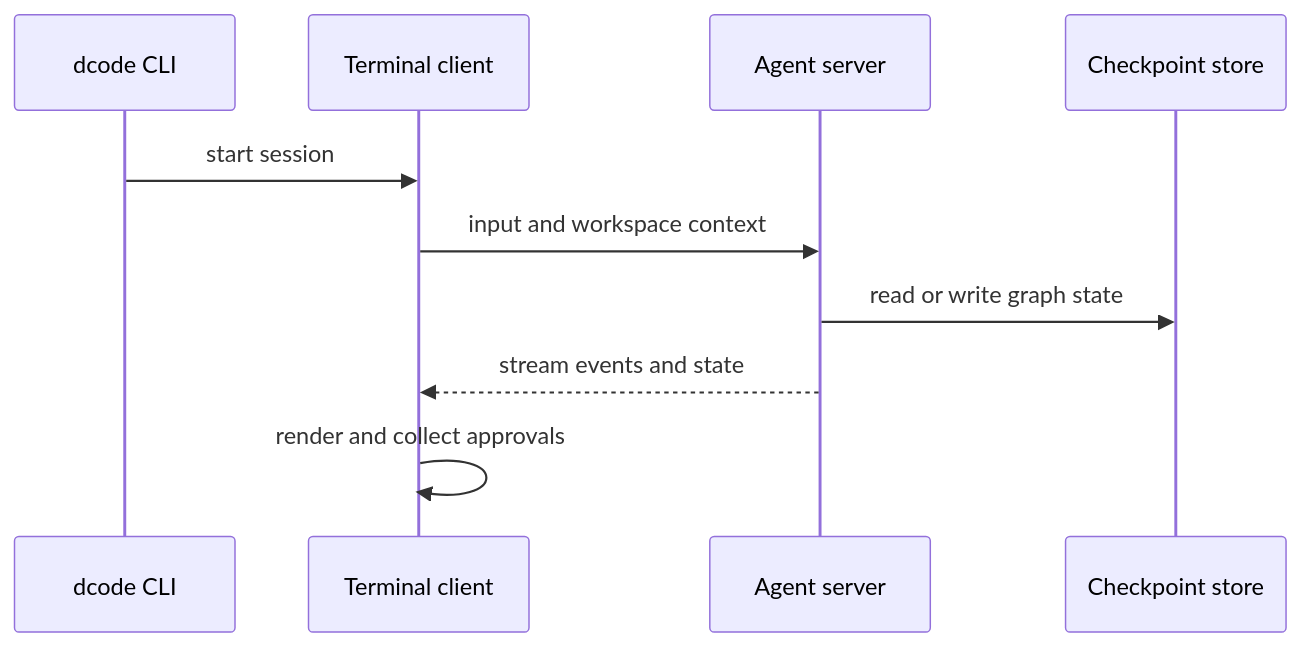
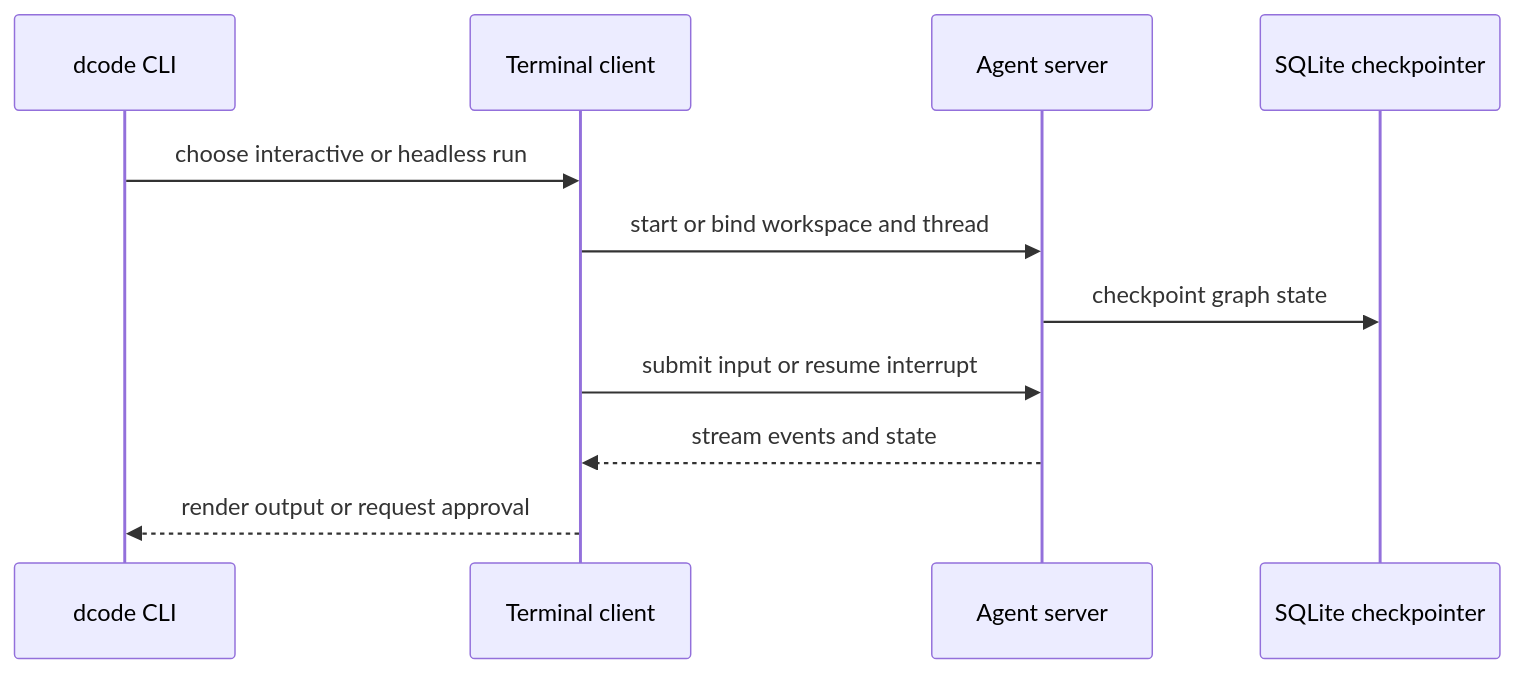
The first of 2 diagrams in openwiki/architecture/code-agent.md (langchain-ai/deepagents), drawn with Mermaid before and after one commit. The commit also changed other lines of this file and 67 other files, not shown here.

````diff
--- a/openwiki/architecture/code-agent.md
+++ b/openwiki/architecture/code-agent.md
@@ -67,12 +43,13 @@
 ```mermaid
 sequenceDiagram
     participant CLI as dcode CLI
     participant Client as Terminal client
     participant Server as Agent server
-    participant Store as Checkpoint store
-    CLI->>Client: start session
-    Client->>Server: input and workspace context
-    Server->>Store: read or write graph state
+    participant Store as SQLite checkpointer
+    CLI->>Client: choose interactive or headless run
+    Client->>Server: start or bind workspace and thread
+    Server->>Store: checkpoint graph state
+    Client->>Server: submit input or resume interrupt
     Server-->>Client: stream events and state
-    Client->>Client: render and collect approvals
+    Client-->>CLI: render output or request approval
 ```
````
